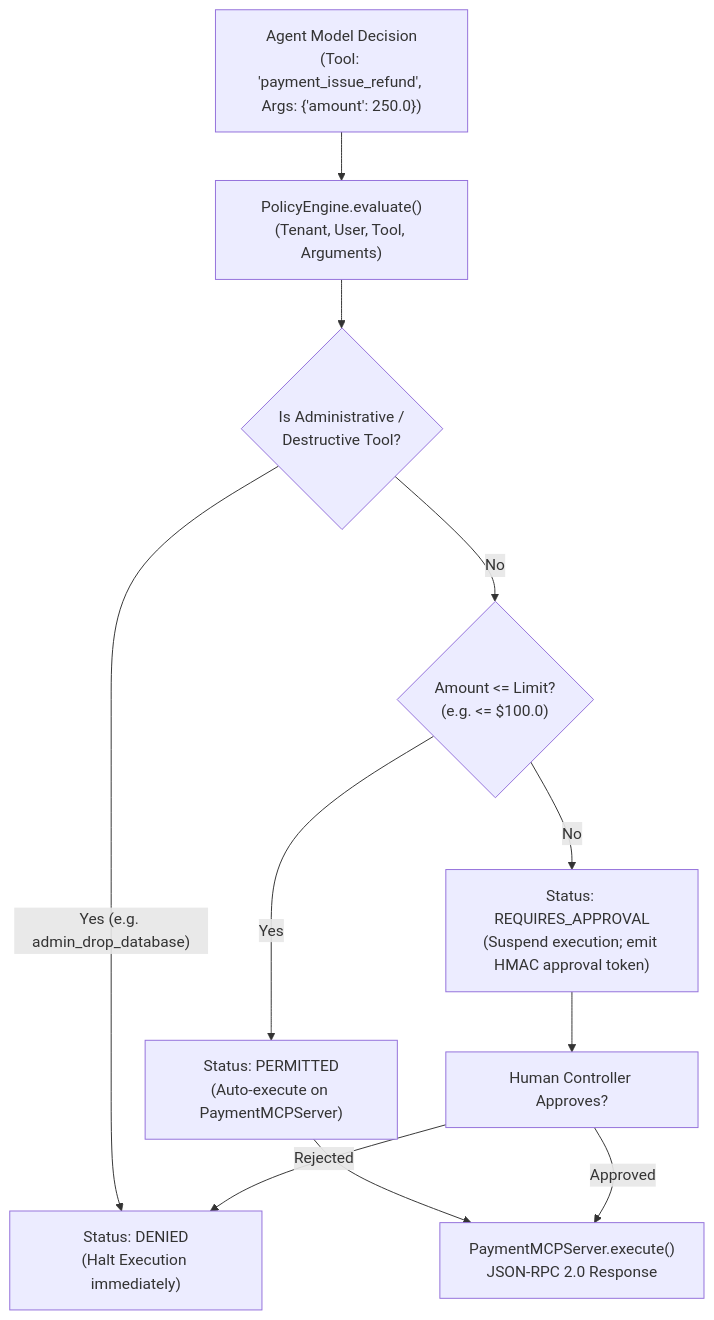
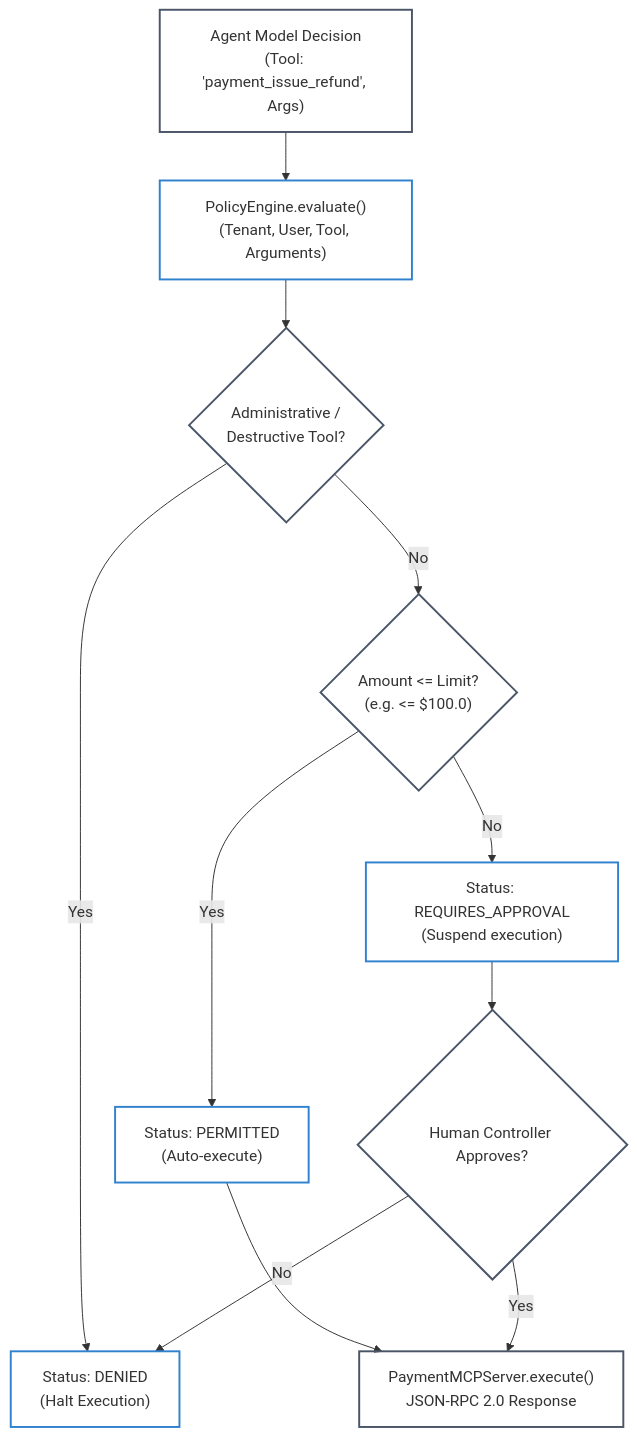
The diagram in labs/lab-02-tool-execution-with-mcp.md (dip4k/senior-engineer-to-ai-engineer-roadmap), drawn with Mermaid before and after one commit. The commit also changed other lines of this file and 49 other files, not shown here.

First line of the commit message:
feat(curriculum): complete 2026 refactoring across roadmaps, use-cases, labs, and agent-forge

````diff
--- a/labs/lab-02-tool-execution-with-mcp.md
+++ b/labs/lab-02-tool-execution-with-mcp.md
@@ -22,16 +22,19 @@
 ```mermaid
 flowchart TD
-    UserReq["Agent Model Decision<br>(Tool: 'payment_issue_refund', Args: {'amount': 250.0})"] --> Gate["PolicyEngine.evaluate()<br>(Tenant, User, Tool, Arguments)"]
+    classDef default fill:none,stroke:#4a5568,stroke-width:2px;
+    classDef highlight fill:none,stroke:#3182ce,stroke-width:2px;
+
+    UserReq["Agent Model Decision<br>(Tool: 'payment_issue_refund', Args)"]:::default --> Gate["PolicyEngine.evaluate()<br>(Tenant, User, Tool, Arguments)"]:::highlight
     
-    Gate --> CheckAdmin{"Is Administrative /<br>Destructive Tool?"}
-    CheckAdmin -- "Yes (e.g. admin_drop_database)" --> Denied["Status: DENIED<br>(Halt Execution immediately)"]
+    Gate --> CheckAdmin{"Administrative /<br>Destructive Tool?"}:::default
+    CheckAdmin -- "Yes" --> Denied["Status: DENIED<br>(Halt Execution)"]:::highlight
     
-    CheckAdmin -- "No" --> CheckLimit{"Amount <= Limit?<br>(e.g. <= $100.0)"}
-    CheckLimit -- "Yes" --> Permitted["Status: PERMITTED<br>(Auto-execute on PaymentMCPServer)"]
-    CheckLimit -- "No" --> HITL["Status: REQUIRES_APPROVAL<br>(Suspend execution; emit HMAC approval token)"]
+    CheckAdmin -- "No" --> CheckLimit{"Amount <= Limit?<br>(e.g. <= $100.0)"}:::default
+    CheckLimit -- "Yes" --> Permitted["Status: PERMITTED<br>(Auto-execute)"]:::highlight
+    CheckLimit -- "No" --> HITL["Status: REQUIRES_APPROVAL<br>(Suspend execution)"]:::highlight
     
-    Permitted --> Execute["PaymentMCPServer.execute()<br>JSON-RPC 2.0 Response"]
-    HITL --> OperatorReview["Human Controller Approves?"]
-    OperatorReview -- "Approved" --> Execute
-    OperatorReview -- "Rejected" --> Denied
+    Permitted --> Execute["PaymentMCPServer.execute()<br>JSON-RPC 2.0 Response"]:::default
+    HITL --> OperatorReview{"Human Controller Approves?"}:::default
+    OperatorReview -- "Yes" --> Execute
+    OperatorReview -- "No" --> Denied
 ```
````
